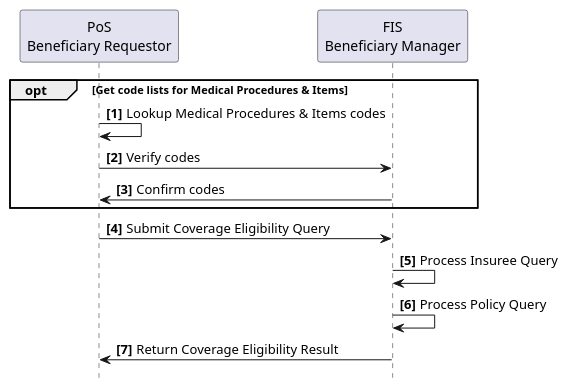
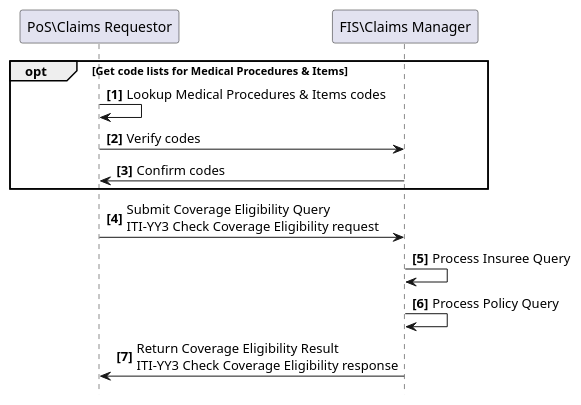
The diagram in input/images-source/usecase3-processflow.plantuml (IHE/ITI.Finance), drawn with PlantUML before and after one commit. The commit also changed 9 other files, not shown here.

```diff
--- a/input/images-source/usecase3-processflow.plantuml
+++ b/input/images-source/usecase3-processflow.plantuml
@@ -1,21 +1,21 @@
 @startuml
 skinparam svgDimensionStyle false
 hide footbox
 autonumber "<b>[0]"
 
-participant "PoS\nBeneficiary Requestor" as App
-participant "FIS\nBeneficiary Manager" as FIS
+participant "PoS\Claims Requestor" as App
+participant "FIS\Claims Manager" as FIS
 
 
 opt Get code lists for Medical Procedures & Items
 	App -> App: Lookup Medical Procedures & Items codes
 	App -> FIS: Verify codes
 	FIS -> App: Confirm codes
 end opt
 
-App -> FIS: Submit Coverage Eligibility Query
+App -> FIS: Submit Coverage Eligibility Query\nITI-YY3 Check Coverage Eligibility request
 FIS -> FIS: Process Insuree Query
 FIS -> FIS: Process Policy Query
-FIS -> App: Return Coverage Eligibility Result
+FIS -> App: Return Coverage Eligibility Result\nITI-YY3 Check Coverage Eligibility response
 
 @enduml
```
